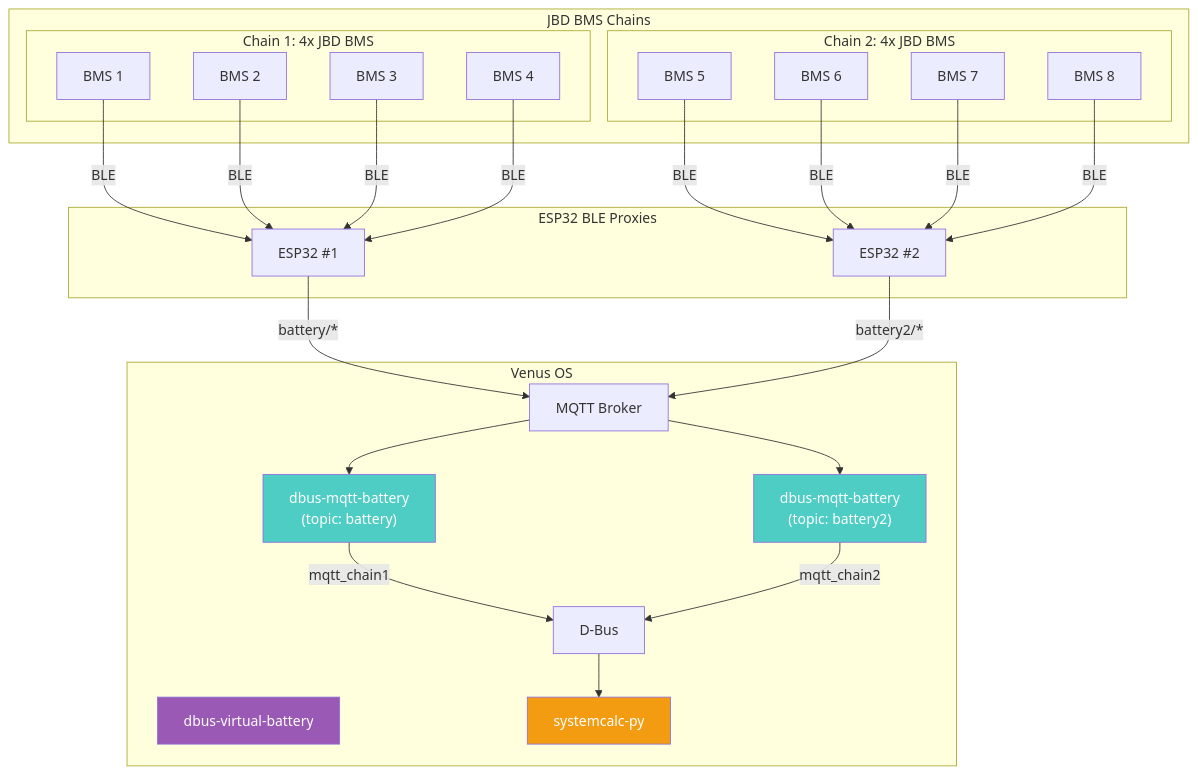
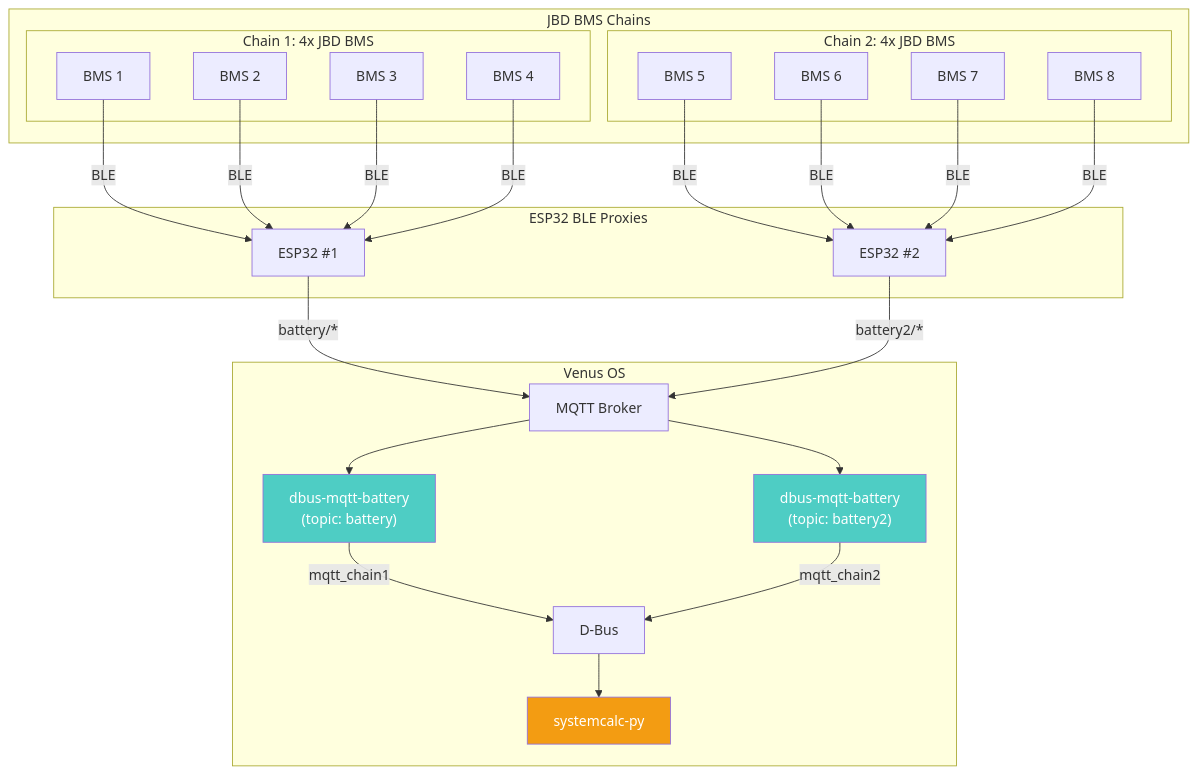
The first of 2 diagrams in .github/docs/system-architecture.md (victron-venus/dbus-mqtt-battery), drawn with Mermaid before and after one commit. The commit also changed 15 other files, not shown here.

````diff
--- a/.github/docs/system-architecture.md
+++ b/.github/docs/system-architecture.md
@@ -5,37 +5,35 @@
 ```mermaid
 flowchart TB
     subgraph Chained["JBD BMS Chains"]
         subgraph Chain1["Chain 1: 4x JBD BMS"]
             B1["BMS 1"]; B2["BMS 2"]; B3["BMS 3"]; B4["BMS 4"]
         end
         subgraph Chain2["Chain 2: 4x JBD BMS"]
             B5["BMS 5"]; B6["BMS 6"]; B7["BMS 7"]; B8["BMS 8"]
         end
     end
 
     subgraph ESP32["ESP32 BLE Proxies"]
         E1["ESP32 #1"]; E2["ESP32 #2"]
     end
 
     subgraph Venus["Venus OS"]
         MQTT["MQTT Broker"]
         DMB1["dbus-mqtt-battery\n(topic: battery)"]
         DMB2["dbus-mqtt-battery\n(topic: battery2)"]
-        VBT["dbus-virtual-battery"]
         DBUS["D-Bus"]
         CALC["systemcalc-py"]
     end
 
     B1 & B2 & B3 & B4 -->|"BLE"| E1
     B5 & B6 & B7 & B8 -->|"BLE"| E2
     E1 -->|"battery/*"| MQTT; E2 -->|"battery2/*"| MQTT
 
     MQTT --> DMB1 -->|"mqtt_chain1"| DBUS
     MQTT --> DMB2 -->|"mqtt_chain2"| DBUS
     DBUS --> CALC
 
     style DMB1 fill:#4ecdc4,color:#fff
     style DMB2 fill:#4ecdc4,color:#fff
-    style VBT fill:#9b59b6,color:#fff
     style CALC fill:#f39c12,color:#fff
 ```
````
